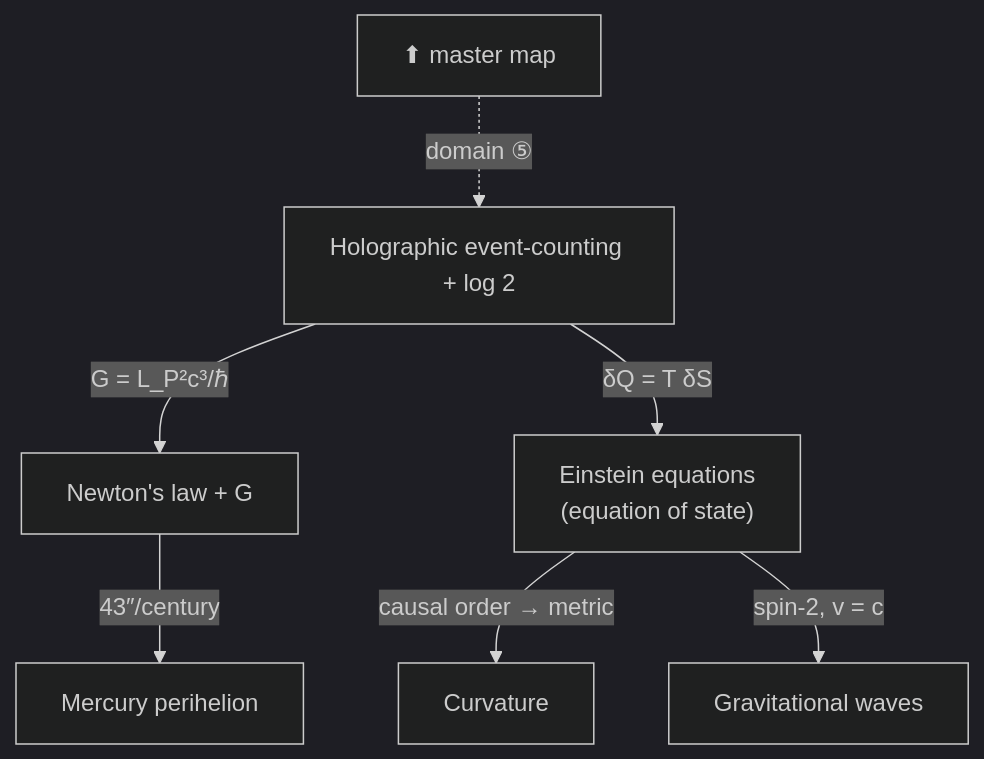
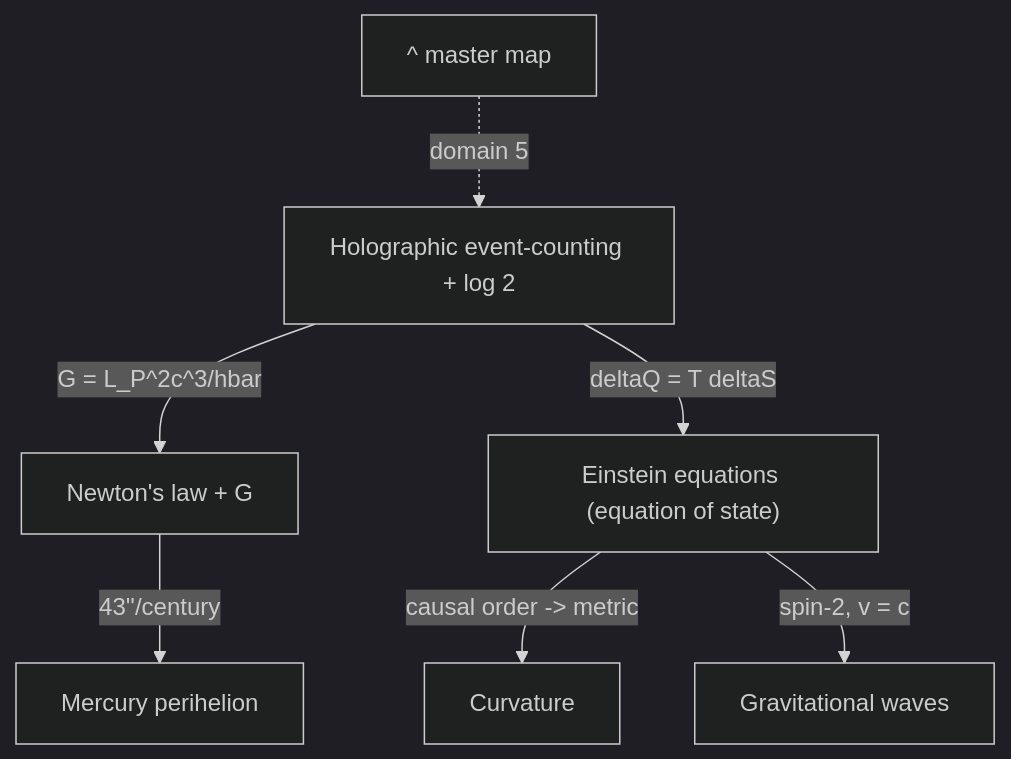
One commit to jimscarver/quantum-logical-framework changed the sixth of 11 diagrams in FlowChart.md. Above: the diagram before and after it, drawn with Mermaid (dark theme). The commit also changed other lines of this file, not shown here.

First line of the commit message:
FlowChart.md: flatten <br/> and all unicode to ASCII in Mermaid blocks (render robustness)

````diff
--- a/FlowChart.md
+++ b/FlowChart.md
@@ -120,9 +120,9 @@
 ```mermaid
 flowchart TD
-  H5["⬆ master map"] -.->|"domain ⑤"| HO["Holographic event-counting + log 2"]
-  HO -->|"G = L_P²c³/ℏ"| NG["Newton's law + G"]
-  NG -->|"43″/century"| ME["Mercury perihelion"]
-  HO -->|"δQ = T δS"| EE["Einstein equations<br/>(equation of state)"]
-  EE -->|"causal order → metric"| CV["Curvature"]
+  H5["^ master map"] -.->|"domain 5"| HO["Holographic event-counting + log 2"]
+  HO -->|"G = L_P^2c^3/hbar"| NG["Newton's law + G"]
+  NG -->|"43''/century"| ME["Mercury perihelion"]
+  HO -->|"deltaQ = T deltaS"| EE["Einstein equations (equation of state)"]
+  EE -->|"causal order -> metric"| CV["Curvature"]
   EE -->|"spin-2, v = c"| GW["Gravitational waves"]
 ```
````
